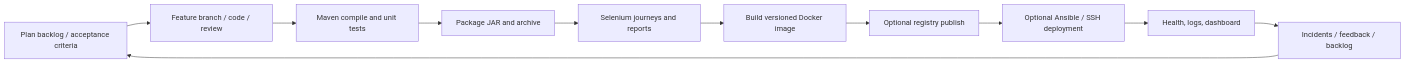
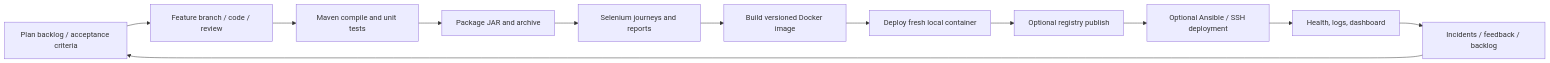
One commit to abhijeetjadhav1726-spec/sim-activation-system changed the diagram in docs/devops-workflow.md. Above: the diagram before and after it, drawn with Mermaid. The commit also changed other lines of this file and 12 other files, not shown here.

````diff
--- a/docs/devops-workflow.md
+++ b/docs/devops-workflow.md
@@ -5,13 +5,14 @@
 ```mermaid
 flowchart LR
     Plan[Plan backlog / acceptance criteria] --> Code[Feature branch / code / review]
     Code --> Build[Maven compile and unit tests]
     Build --> Package[Package JAR and archive]
     Package --> Test[Selenium journeys and reports]
     Test --> Image[Build versioned Docker image]
-    Image --> Publish[Optional registry publish]
+    Image --> Local[Deploy fresh local container]
+    Local --> Publish[Optional registry publish]
     Publish --> Deploy[Optional Ansible / SSH deployment]
     Deploy --> Operate[Health, logs, dashboard]
     Operate --> Learn[Incidents / feedback / backlog]
     Learn --> Plan
 ```
````
